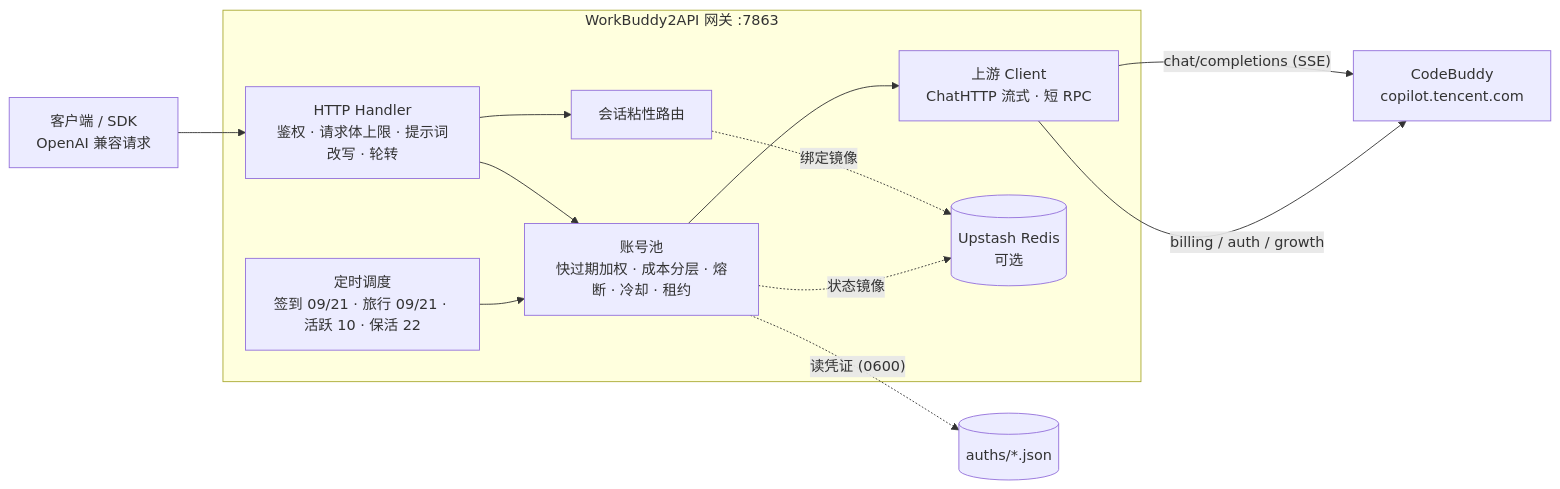
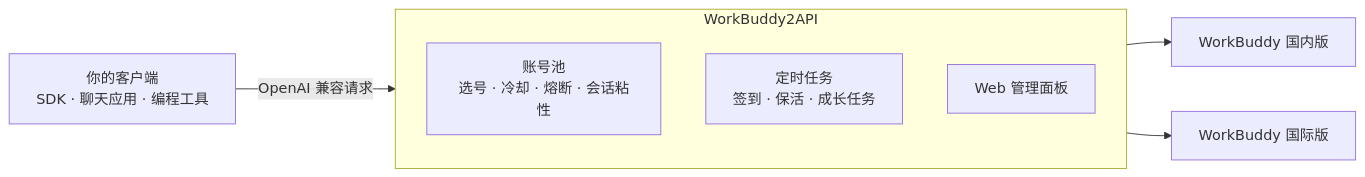
One commit to lisonggi/workbuddy2api-panel changed the diagram in README.md. Above: the diagram before and after it, drawn with Mermaid. The commit also changed other lines of this file and 17 other files, not shown here.

````diff
--- a/README.md
+++ b/README.md
@@ -193,18 +132,12 @@
 ```mermaid
 flowchart LR
-    Client["客户端 / SDK\nOpenAI 兼容请求"] --> H
-
-    subgraph GWI["WorkBuddy2API 网关 :7863"]
-        H["HTTP Handler\n鉴权 · 请求体上限 · 提示词改写 · 轮转"] --> P
-        H --> S
-        P["账号池\n快过期加权 · 成本分层 · 熔断 · 冷却 · 租约"] --> U
-        S["会话粘性路由"] -.绑定镜像.-> REDIS
-        T["定时调度\n签到 09/21 · 旅行 09/21 · 活跃 10 · 保活 22"] --> P
-        U["上游 Client\nChatHTTP 流式 · 短 RPC"]
+    C["你的客户端<br/>SDK · 聊天应用 · 编程工具"] -->|"OpenAI 兼容请求"| GW
+    subgraph GW["WorkBuddy2API"]
+        direction TB
+        P["账号池<br/>选号 · 冷却 · 熔断 · 会话粘性"]
+        T["定时任务<br/>签到 · 保活 · 成长任务"]
+        W["Web 管理面板"]
     end
-
-    P -. "读凭证 (0600)" .-> AUTH[("auths/*.json")]
-    P -. "状态镜像" .-> REDIS[("Upstash Redis\n可选")]
-    U -->|"chat/completions (SSE)"| CB["CodeBuddy\ncopilot.tencent.com"]
-    U -->|"billing / auth / growth"| CB
+    GW --> CN["WorkBuddy 国内版"]
+    GW --> GL["WorkBuddy 国际版"]
 ```
````
